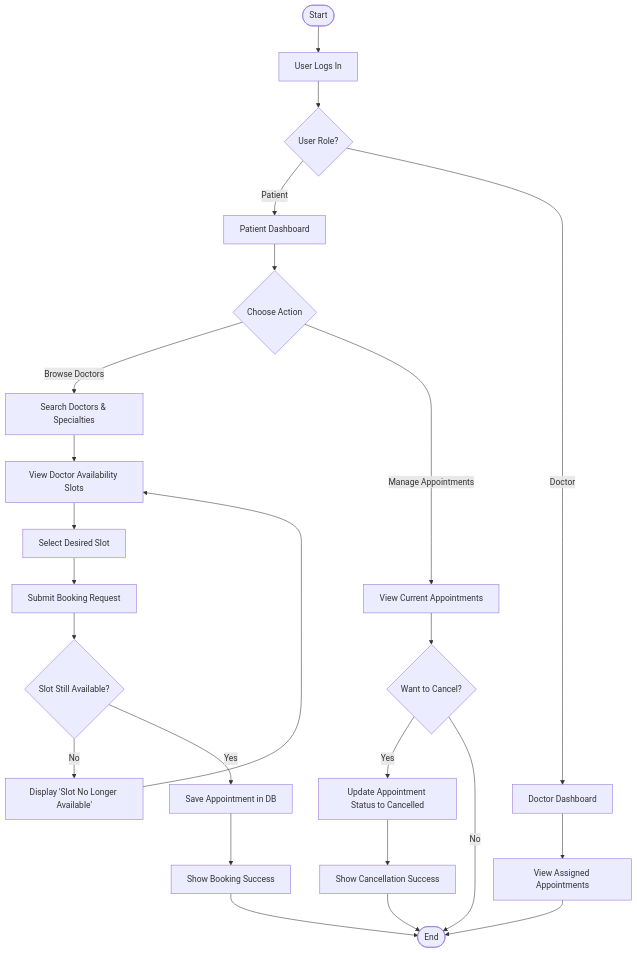
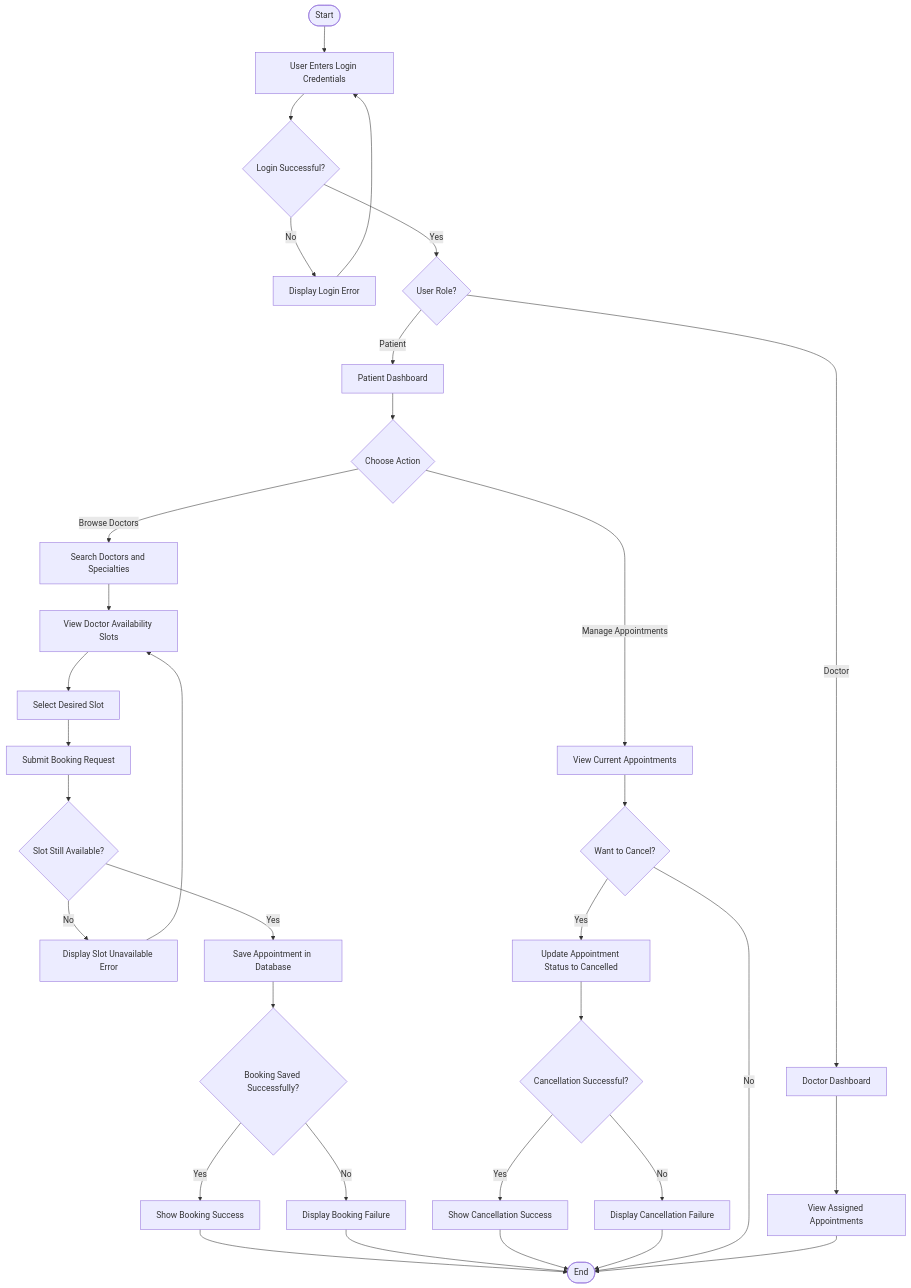
The fourth of 6 diagrams in DATA_FLOW_DIAGRAMS.md (feloaref/scalable-telemedicine-platform), drawn with Mermaid before and after one commit.

Commit message:
DATA_FLOW_DIAGRAMS.md
Updated user flow diagram to enhance clarity and detail in the login and appointment management processes.

````diff
--- a/DATA_FLOW_DIAGRAMS.md
+++ b/DATA_FLOW_DIAGRAMS.md
@@ -96,32 +96,46 @@
 ```mermaid
 flowchart TD
-    Start([Start]) --> Login[User Logs In]
-    Login --> RoleCheck{User Role?}
+    Start([Start]) --> Login[User Enters Login Credentials]
+    Login --> Auth{Login Successful?}
+
+    Auth -->|No| LoginError[Display Login Error]
+    LoginError --> Login
+
+    Auth -->|Yes| RoleCheck{User Role?}
 
     RoleCheck -->|Patient| PatientHome[Patient Dashboard]
     RoleCheck -->|Doctor| DoctorHome[Doctor Dashboard]
 
     PatientHome --> Action{Choose Action}
 
-    Action -->|Browse Doctors| Search[Search Doctors & Specialties]
+    Action -->|Browse Doctors| Search[Search Doctors and Specialties]
     Search --> ViewSlots[View Doctor Availability Slots]
     ViewSlots --> SelectSlot[Select Desired Slot]
     SelectSlot --> BookReq[Submit Booking Request]
     BookReq --> CheckSlot{Slot Still Available?}
-    CheckSlot -->|No| ErrorMsg["Display 'Slot No Longer Available'"]
+
+    CheckSlot -->|No| ErrorMsg[Display Slot Unavailable Error]
     ErrorMsg --> ViewSlots
-    CheckSlot -->|Yes| SaveDB[Save Appointment in DB]
-    SaveDB --> Confirm[Show Booking Success]
+
+    CheckSlot -->|Yes| SaveDB[Save Appointment in Database]
+    SaveDB --> SaveSuccess{Booking Saved Successfully?}
+    SaveSuccess -->|Yes| Confirm[Show Booking Success]
+    SaveSuccess -->|No| BookingError[Display Booking Failure]
+    Confirm --> End([End])
+    BookingError --> End
 
     Action -->|Manage Appointments| ViewApp[View Current Appointments]
     ViewApp --> CancelChoice{Want to Cancel?}
+
     CancelChoice -->|Yes| CancelDB[Update Appointment Status to Cancelled]
-    CancelDB --> CancelConfirm[Show Cancellation Success]
-    CancelChoice -->|No| End([End])
+    CancelDB --> CancelSuccess{Cancellation Successful?}
+    CancelSuccess -->|Yes| CancelConfirm[Show Cancellation Success]
+    CancelSuccess -->|No| CancelError[Display Cancellation Failure]
+    CancelConfirm --> End
+    CancelError --> End
+
+    CancelChoice -->|No| End
 
     DoctorHome --> DocView[View Assigned Appointments]
     DocView --> End
-
-    Confirm --> End
-    CancelConfirm --> End
 ```
````
